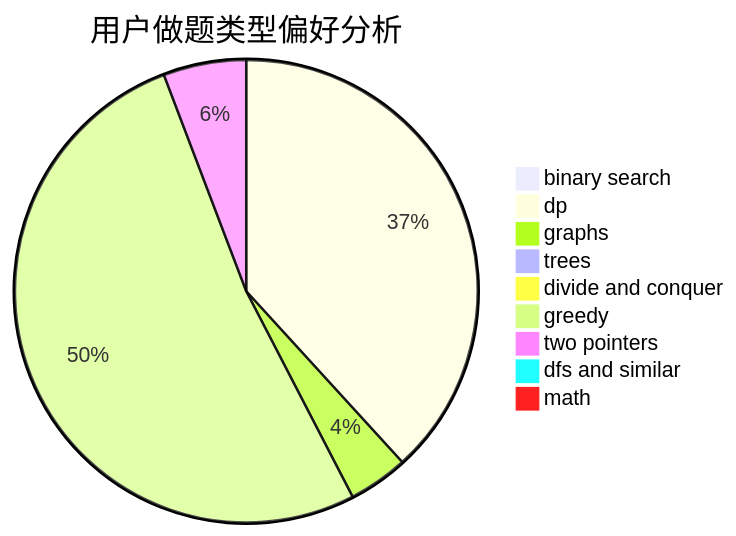
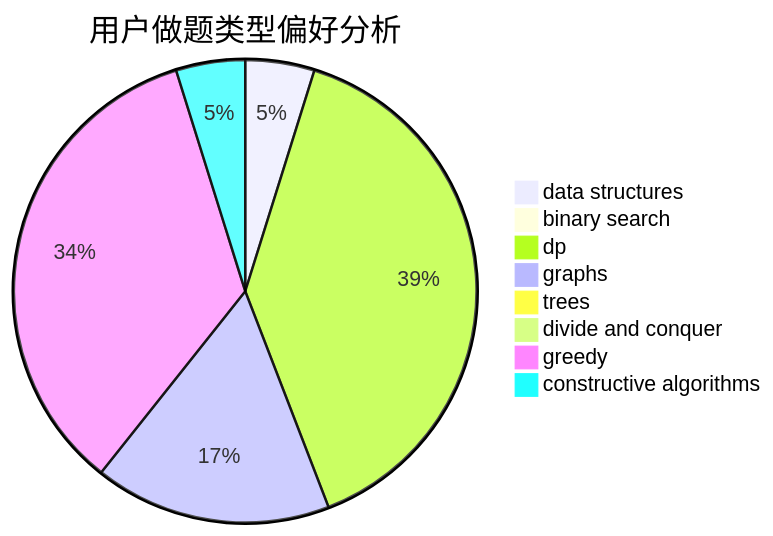
One commit to sherpahu/cfrs.github.io changed the second of 3 diagrams in docs/user/u1087.md. Above: the diagram before and after it, drawn with Mermaid. The commit also changed other lines of this file and 2775 other files, not shown here.

````diff
--- a/docs/user/u1087.md
+++ b/docs/user/u1087.md
@@ -23,12 +23,11 @@
 ```mermaid
 pie title 用户做题类型偏好分析
-    "binary search" :  2
-    "dp" :  284
-    "graphs" :  31
-    "trees" :  5
+    "data structures" :  7
+    "binary search" :  0
+    "dp" :  57
+    "graphs" :  24
+    "trees" :  0
     "divide and conquer" :  0
-    "greedy" :  385
-    "two pointers" :  43
-    "dfs and similar" :  7
-    "math" :  7
+    "greedy" :  50
+    "constructive algorithms" :  7
 ```
````
